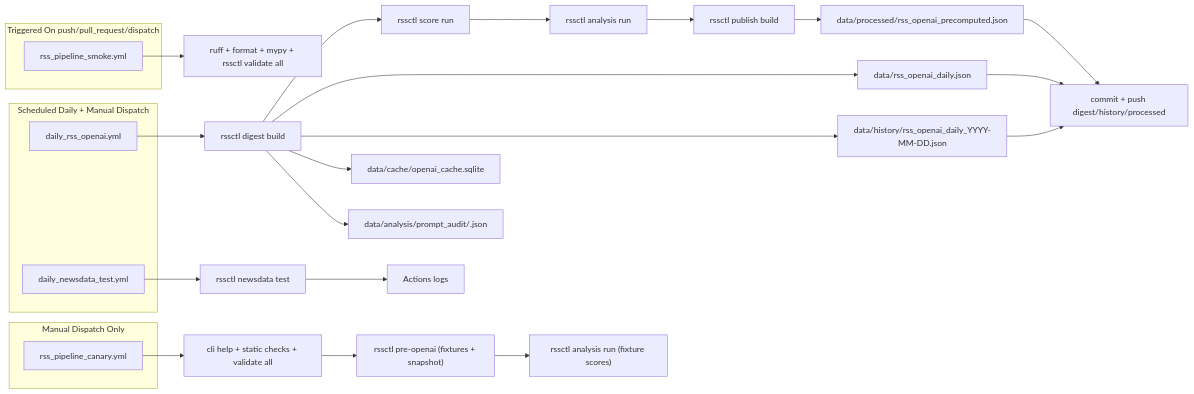
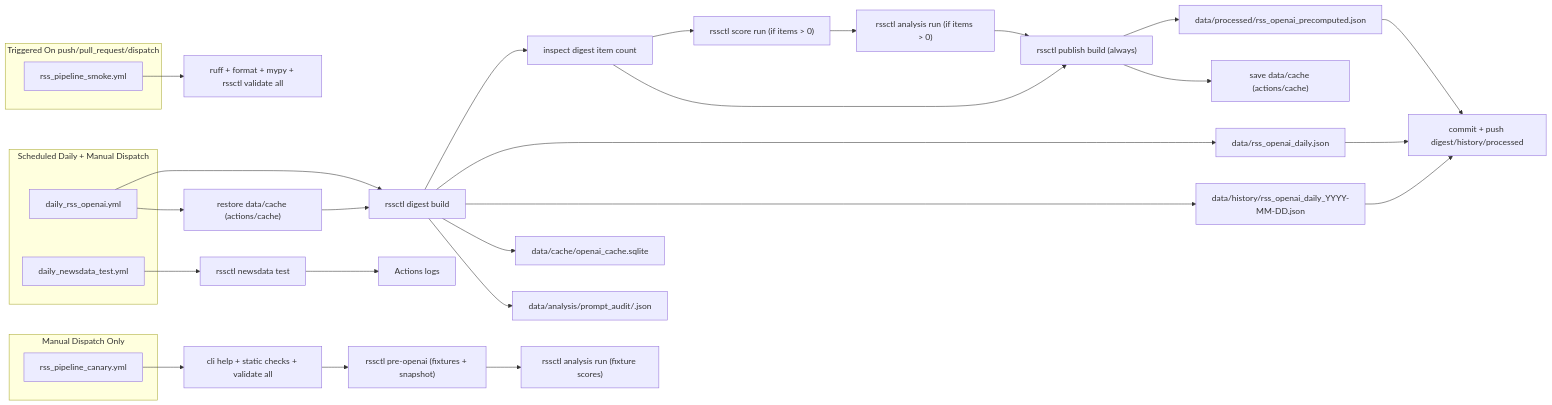
Before and after one commit to Distinction-Projects/RSS_Feeds: the first of 3 diagrams in workflow_diagram.md, drawn with Mermaid. The commit also changed other lines of this file and 10 other files, not shown here.

Commit message:
feat: add incremental dedupe and persistent actions cache

````diff
--- a/workflow_diagram.md
+++ b/workflow_diagram.md
@@ -4,37 +4,42 @@
 ```mermaid
 flowchart LR
   subgraph Triggered["Triggered On push/pull_request/dispatch"]
     Smoke["rss_pipeline_smoke.yml"]
   end
 
   subgraph ScheduledDaily["Scheduled Daily + Manual Dispatch"]
     DailyDigest["daily_rss_openai.yml"]
     NewsData["daily_newsdata_test.yml"]
   end
 
   subgraph ManualOnly["Manual Dispatch Only"]
     Canary["rss_pipeline_canary.yml"]
   end
 
   Smoke --> SmokeChecks["ruff + format + mypy + rssctl validate all"]
 
   DailyDigest --> DigestRun["rssctl digest build"]
-  DigestRun --> ScoreRun["rssctl score run"]
-  ScoreRun --> AnalysisRun["rssctl analysis run"]
-  AnalysisRun --> PublishRun["rssctl publish build"]
+  DailyDigest --> CacheRestore["restore data/cache (actions/cache)"]
+  CacheRestore --> DigestRun
+  DigestRun --> DigestCount["inspect digest item count"]
+  DigestCount --> ScoreRun["rssctl score run (if items > 0)"]
+  ScoreRun --> AnalysisRun["rssctl analysis run (if items > 0)"]
+  DigestCount --> PublishRun["rssctl publish build (always)"]
+  AnalysisRun --> PublishRun
   DigestRun --> DigestOut["data/rss_openai_daily.json"]
   DigestRun --> DigestHist["data/history/rss_openai_daily_YYYY-MM-DD.json"]
   DigestRun --> CacheDB["data/cache/openai_cache.sqlite"]
   DigestRun --> PromptAudit["data/analysis/prompt_audit/<run_id>.json"]
   PublishRun --> Processed["data/processed/rss_openai_precomputed.json"]
+  PublishRun --> CacheSave["save data/cache (actions/cache)"]
   DigestOut --> DigestCommit["commit + push digest/history/processed"]
   DigestHist --> DigestCommit
   Processed --> DigestCommit
 
   NewsData --> NewsDataRun["rssctl newsdata test"]
   NewsDataRun --> NewsDataLogs["Actions logs"]
 
   Canary --> CanaryChecks["cli help + static checks + validate all"]
   CanaryChecks --> CanaryPre["rssctl pre-openai (fixtures + snapshot)"]
   CanaryPre --> CanaryPost["rssctl analysis run (fixture scores)"]
 ```
````
